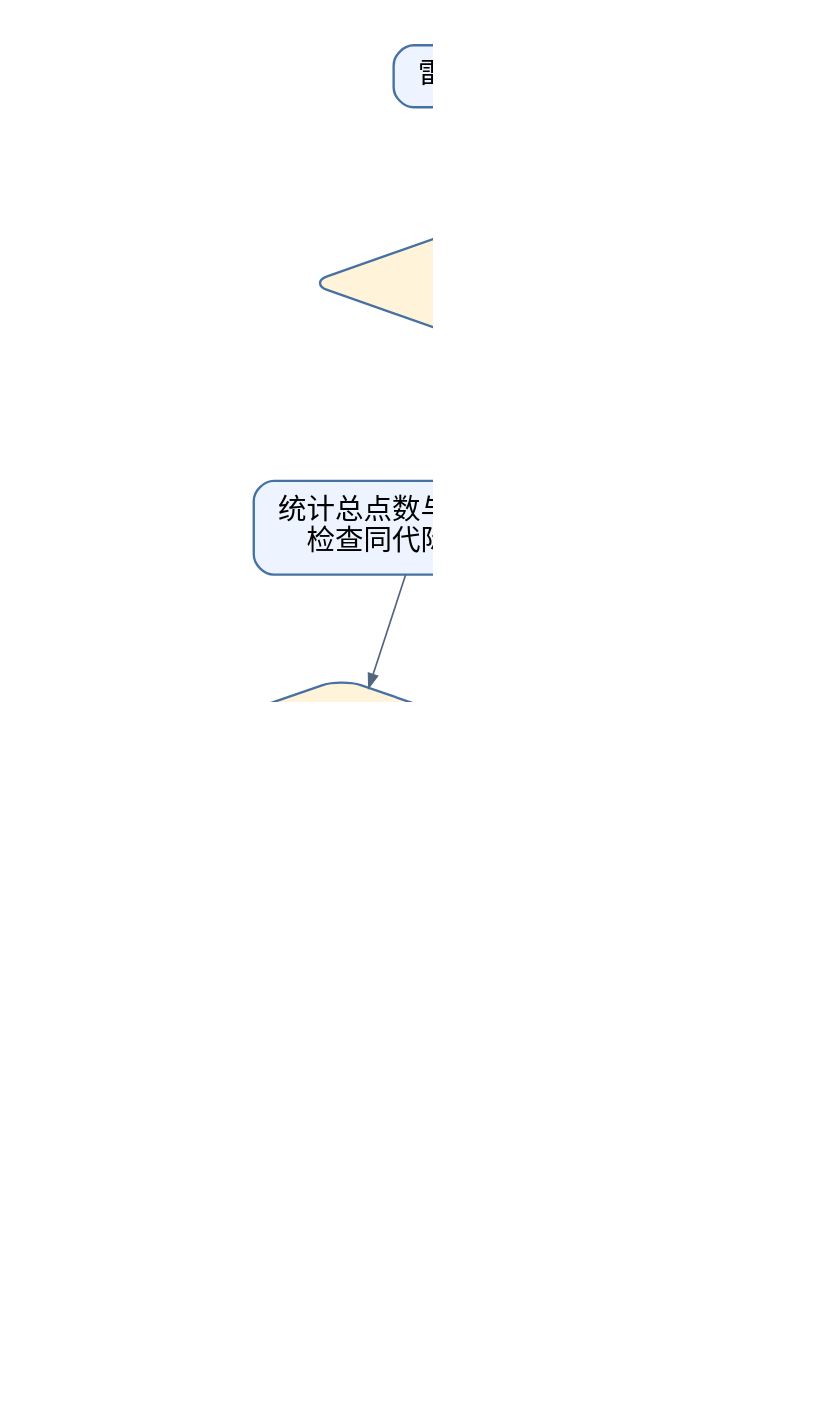
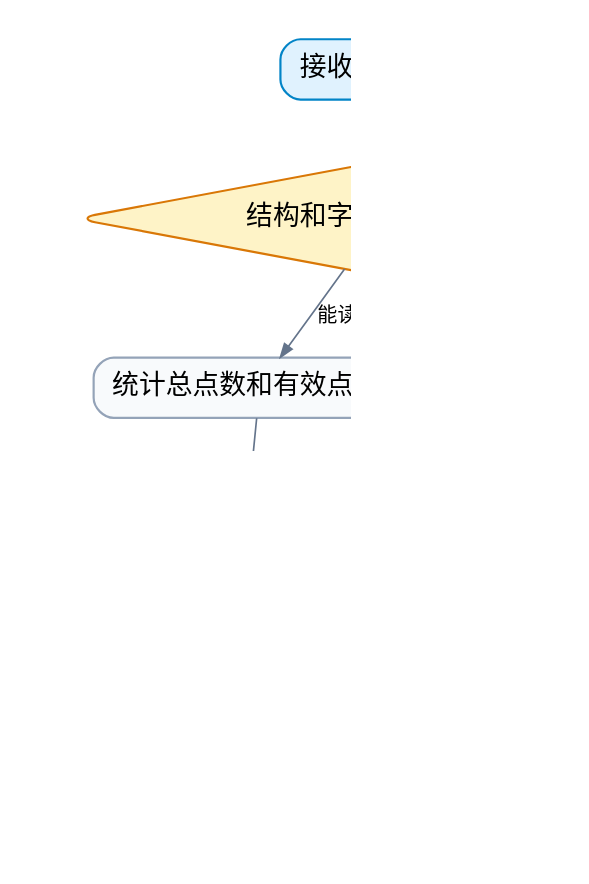
The diagram in FAST_LIO/doc/ros1_workspace/flowcharts/health_v2_lidar_flow.dot (spacethroughing/Robot-Data-Health-Monitoring-Module), drawn with Graphviz before and after one commit. The commit also changed 41 other files, not shown here.

Commit message:
docs: simplify health monitoring diagrams and wording

```diff
--- a/FAST_LIO/doc/ros1_workspace/flowcharts/health_v2_lidar_flow.dot
+++ b/FAST_LIO/doc/ros1_workspace/flowcharts/health_v2_lidar_flow.dot
@@ -1,22 +1,17 @@
 digraph G {
-graph [rankdir=TB, bgcolor="white", pad="0.35", nodesep="0.5", ranksep="0.65", fontname="Noto Sans CJK SC", dpi=150];
-node [shape=box, style="rounded,filled", fillcolor="#edf4ff", color="#4771a3", penwidth=1.4, fontname="Noto Sans CJK SC", fontsize=17, margin="0.18,0.12"];
-edge [color="#53677f", fontname="Noto Sans CJK SC", fontsize=13, arrowsize=0.8];
-A [label="雷达消息 + 接收单调时间", fillcolor="#edf4ff", shape=box];
-B [label="结构 / 字段 / 尺寸\n能否安全解码？", fillcolor="#fff4d9", shape=diamond];
-C [label="统计总点数与有效点数\n检查同代际时间戳", fillcolor="#edf4ff", shape=box];
-D [label="空扫描 / 无有效点\n或硬错误？", fillcolor="#fff4d9", shape=diamond];
-E [label="立即 ERROR\n拒绝坏消息 / 留事件", fillcolor="#fde9e9", shape=box];
-F [label="按 YAML 比较数量、有效率\n频率上下界、接收年龄、时间戳", fillcolor="#edf4ff", shape=box];
-G [label="软告警持续时间 / 恢复滞回\n保留周期最严重事件", fillcolor="#edf4ff", shape=box];
-H [label="诊断 + 可追溯日志\n状态和检查覆盖率", fillcolor="#e5f6ee", shape=box];
-A -> B;
-B -> E [label="否"];
-B -> C [label="是"];
-C -> D;
-D -> E [label="是"];
-D -> F [label="否"];
-F -> G;
-G -> H;
-E -> H;
+  graph [rankdir=TB, bgcolor="white", pad="0.3", nodesep="0.38", ranksep="0.48", fontname="Noto Sans CJK SC", dpi=150];
+  node [shape=box, style="rounded,filled", fillcolor="#F8FAFC", color="#94A3B8", penwidth=1.3, fontname="Noto Sans CJK SC", fontsize=16, margin="0.17,0.11"];
+  edge [color="#64748B", fontname="Noto Sans CJK SC", fontsize=12, arrowsize=0.8];
+  A [label="接收雷达点云", fillcolor="#E0F2FE", color="#0284C7"];
+  B [label="结构和字段能否读取？", shape=diamond, fillcolor="#FEF3C7", color="#D97706"];
+  C [label="统计总点数和有效点比例"];
+  D [label="检查时间戳、频率和接收年龄"];
+  E [label="按 YAML 阈值判断\n输出 OK / WARNING / ERROR", fillcolor="#EDE9FE", color="#7C3AED"];
+  F [label="显示状态并记录原因", fillcolor="#DCFCE7", color="#16A34A"];
+  X [label="立即报 ERROR\n记录结构错误", fillcolor="#FEE2E2", color="#DC2626"];
+  A -> B;
+  B -> C [label="能读取"];
+  B -> X [label="不能读取"];
+  C -> D -> E -> F;
+  X -> F;
 }
```
